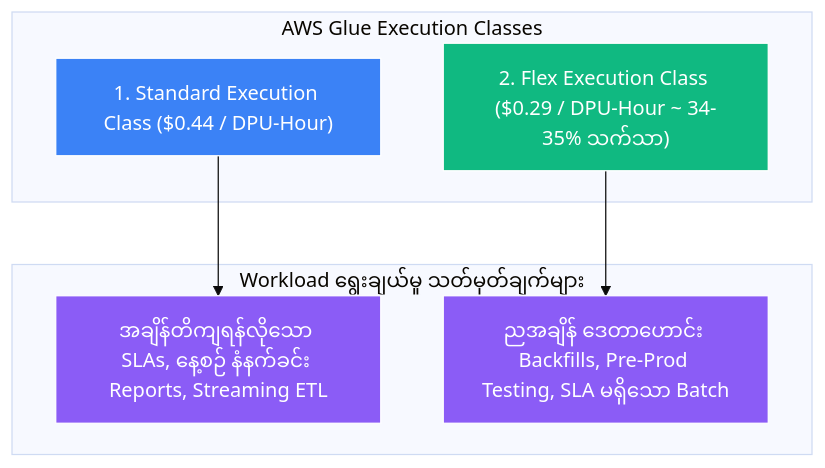
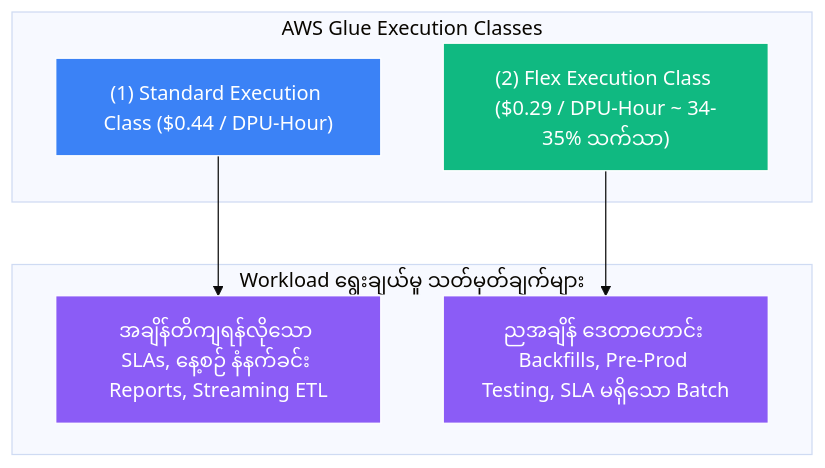
Before and after one commit to Wathon/aws-dea-c01-note: the diagram in content/mm/02-services/analytics-streaming/glue/glue-flex.md, drawn with Mermaid (base theme). The commit also changed 49 other files, not shown here.

Commit message:
Fix 'Unsupported markdown: list' Mermaid rendering issues across all English and Burmese notes

````diff
--- a/content/mm/02-services/analytics-streaming/glue/glue-flex.md
+++ b/content/mm/02-services/analytics-streaming/glue/glue-flex.md
@@ -31,23 +31,23 @@
 ```mermaid
 graph TD
     subgraph ExecutionTiers["AWS Glue Execution Classes"]
-        Standard["1. Standard Execution Class ($0.44 / DPU-Hour)"]
-        Flex["2. Flex Execution Class ($0.29 / DPU-Hour ~ 34-35% သက်သာ)"]
+        Standard["(1) Standard Execution Class ($0.44 / DPU-Hour)"]
+        Flex["(2) Flex Execution Class ($0.29 / DPU-Hour ~ 34-35% သက်သာ)"]
     end
 
     subgraph WorkloadMatch["Workload ရွေးချယ်မှု သတ်မှတ်ချက်များ"]
         CriticalWorkloads["အချိန်တိကျရန်လိုသော SLAs, နေ့စဉ် နံနက်ခင်း Reports, Streaming ETL"]
         NonUrgentWorkloads["ညအချိန် ဒေတာဟောင်း Backfills, Pre-Prod Testing, SLA မရှိသော Batch"]
     end
 
     Standard --> CriticalWorkloads
     Flex --> NonUrgentWorkloads
 
     classDef std fill:#3b82f6,stroke:#fff,stroke-width:1px,color:#fff;
     classDef flex fill:#10b981,stroke:#fff,stroke-width:1px,color:#fff;
     classDef work fill:#8b5cf6,stroke:#fff,stroke-width:1px,color:#fff;
 
     class Standard std;
     class Flex flex;
     class CriticalWorkloads,NonUrgentWorkloads work;
 ```
````
